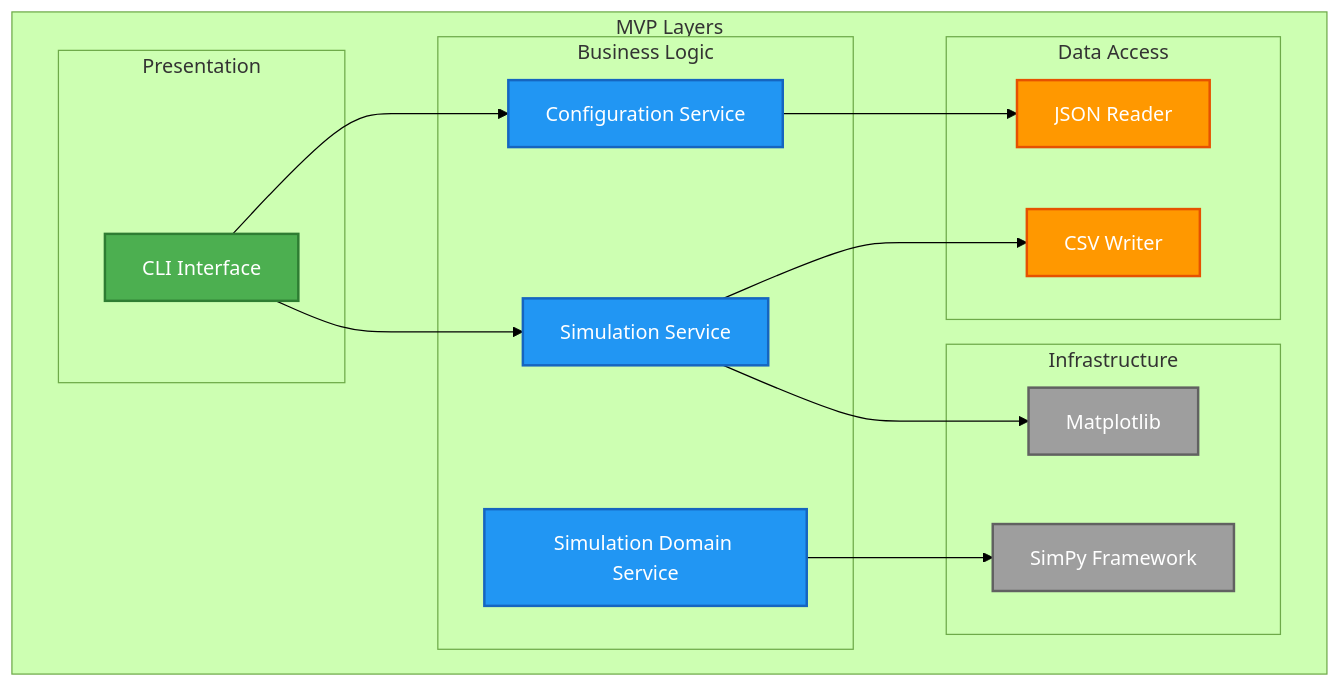
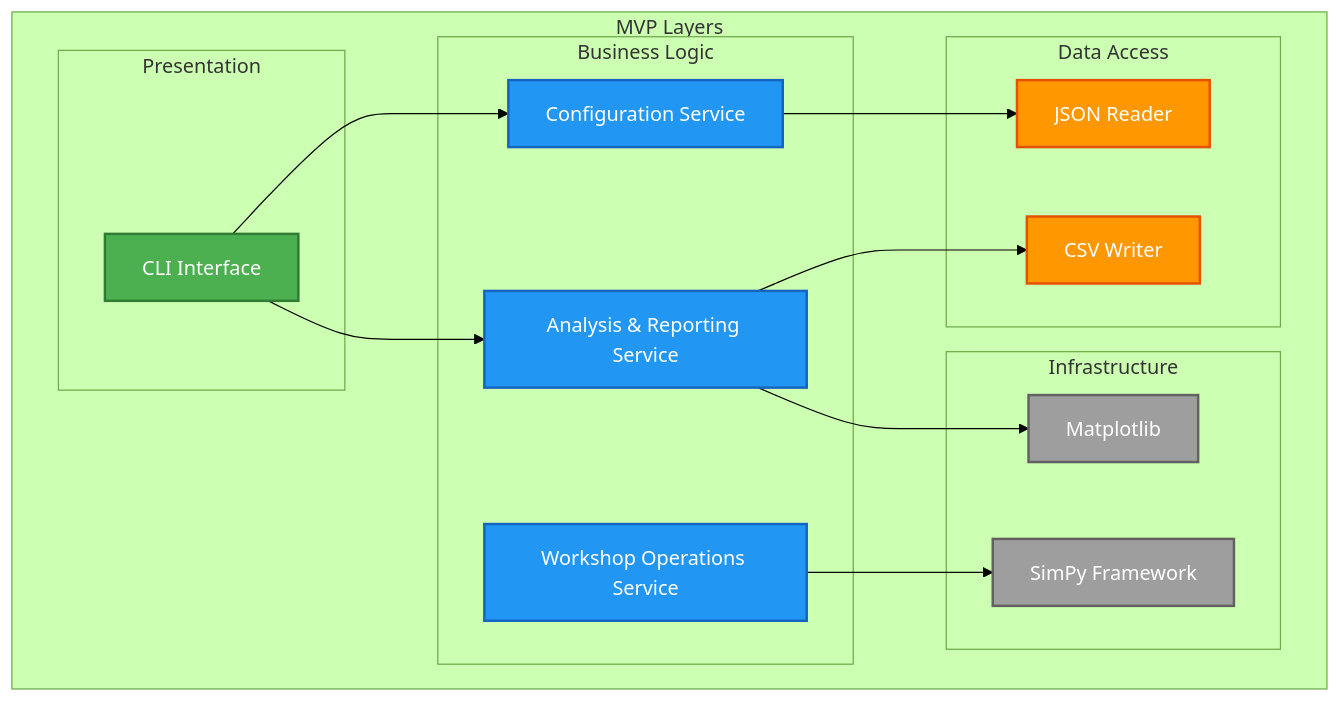
Before and after one commit to OpenRailAssociation/dac-migration-dss-popupsim: the first of 5 diagrams in docs/mvp/architecture/08-concepts.md, drawn with Mermaid (forest theme). The commit also changed other lines of this file and 13 other files, not shown here.

````diff
--- a/docs/mvp/architecture/08-concepts.md
+++ b/docs/mvp/architecture/08-concepts.md
@@ -11,41 +11,41 @@
 ```mermaid
 graph TB
     subgraph "MVP Layers"
         subgraph "Presentation"
             CLI[CLI Interface]
         end
 
         subgraph "Business Logic"
             ConfigService[Configuration Service]
-            DomainService[Simulation Domain Service]
-            SimulationService[Simulation Service]
+            DomainService[Workshop Operations Service]
+            SimulationService[Analysis & Reporting Service]
         end
 
         subgraph "Data Access"
             JSONReader[JSON Reader]
             CSVWriter[CSV Writer]
         end
 
         subgraph "Infrastructure"
             SimPy[SimPy Framework]
             Matplotlib[Matplotlib]
         end
     end
 
     CLI --> ConfigService
     CLI --> SimulationService
     ConfigService --> JSONReader
     DomainService --> SimPy
     SimulationService --> CSVWriter
     SimulationService --> Matplotlib
 
     classDef presentation fill:#4caf50,stroke:#2e7d32,stroke-width:2px,color:#fff
     classDef business fill:#2196f3,stroke:#1565c0,stroke-width:2px,color:#fff
     classDef data fill:#ff9800,stroke:#e65100,stroke-width:2px,color:#fff
     classDef infrastructure fill:#9e9e9e,stroke:#616161,stroke-width:2px,color:#fff
 
     class CLI presentation
     class ConfigService,DomainService,SimulationService business
     class JSONReader,CSVWriter data
     class SimPy,Matplotlib infrastructure
 ```
````
